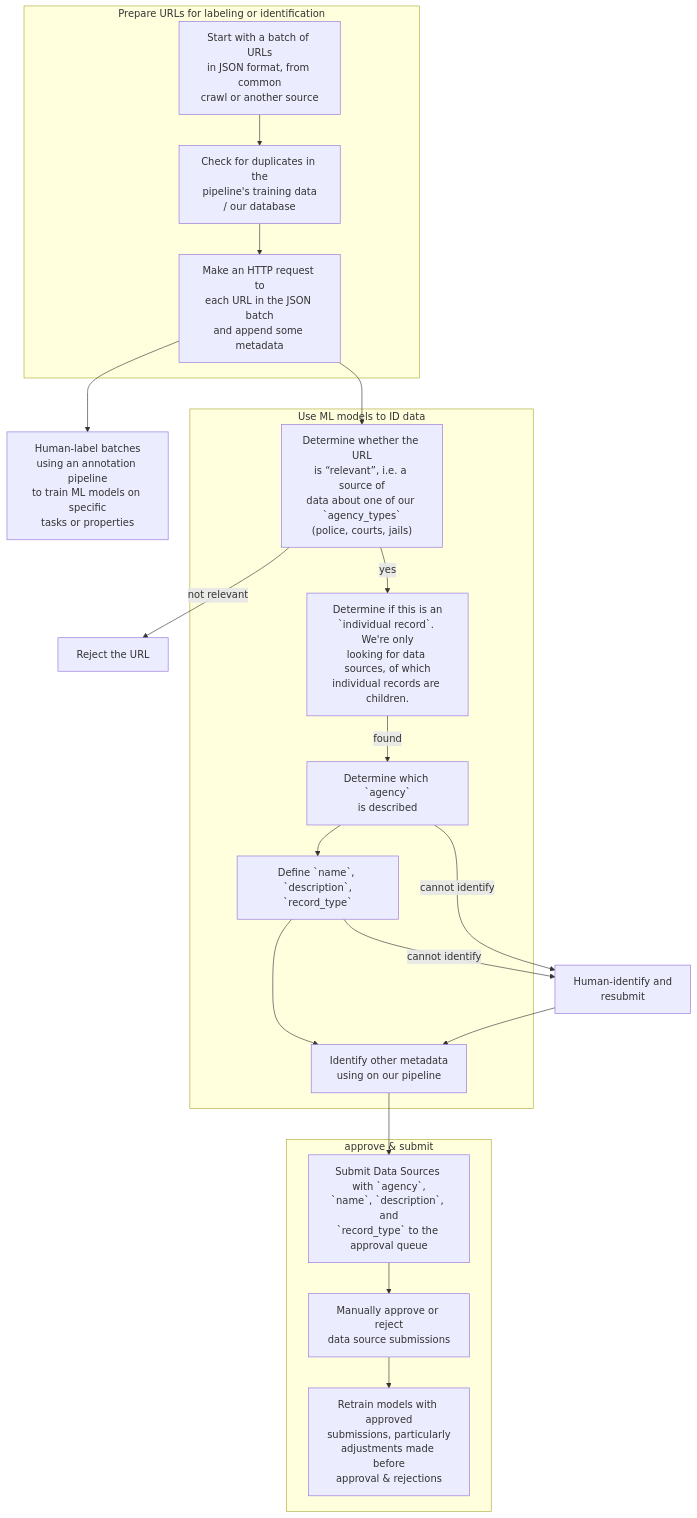
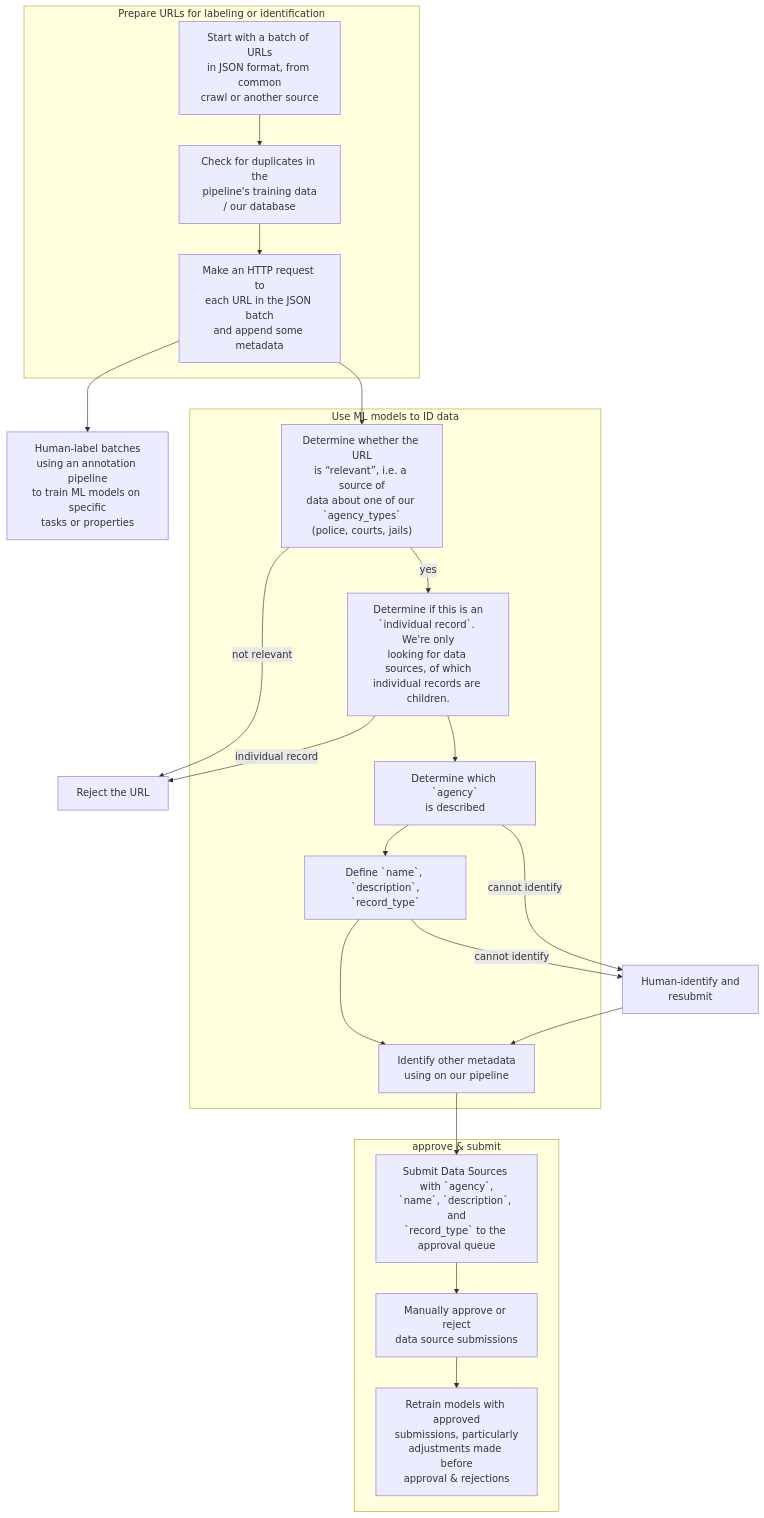
Before and after one commit to Police-Data-Accessibility-Project/data-source-identification: the diagram in README.md, drawn with Mermaid.

````diff
--- a/README.md
+++ b/README.md
@@ -40,71 +40,72 @@
 ```mermaid
 %% Here's a guide to mermaid syntax: https://mermaid.js.org/syntax/flowchart.html
 
 flowchart TD
 0["Human-label batches
 using an annotation pipeline
 to train ML models on specific
 tasks or properties"]
 A["Start with a batch of URLs
 in JSON format, from common
 crawl or another source"]
 B["Check for duplicates in the
 pipeline's training data
 / our database"]
 C["Make an HTTP request to
 each URL in the JSON batch
 and append some metadata"]
 D["Determine whether the URL
 is “relevant”, i.e. a source of
 data about one of our `agency_types`
 (police, courts, jails)"]
 E["Determine if this is an
 `individual record`. We're only
 looking for data sources, of which
 individual records are children."]
 F["Determine which `agency`
 is described"]
 G["Define `name`, `description`,
 `record_type`"]
 H["Identify other metadata
 using on our pipeline"]
 I["Submit Data Sources with `agency`,
 `name`, `description`, and
 `record_type` to the approval queue"]
 J["Manually approve or reject
 data source submissions"]
 K["Retrain models with approved
 submissions, particularly
 adjustments made before
 approval & rejections"]
 reject["Reject the URL"]
 manual["Human-identify and
 resubmit"]
 
 C --> 0
 
 subgraph Prepare URLs for labeling or identification
 A --> B
 B --> C
 end
 
 C --> D
 D -- not relevant --> reject
+E -- individual record --> reject
 
 subgraph Use ML models to ID data
 D -- yes --> E
-E -- found --> F
+E --> F
 F --> G
 G --> H
 end
 
 F -- cannot identify --> manual
 G -- cannot identify --> manual
 manual --> H
 H --> I
 
 subgraph approve & submit
 I --> J
 J --> K
 end
 ```
````
